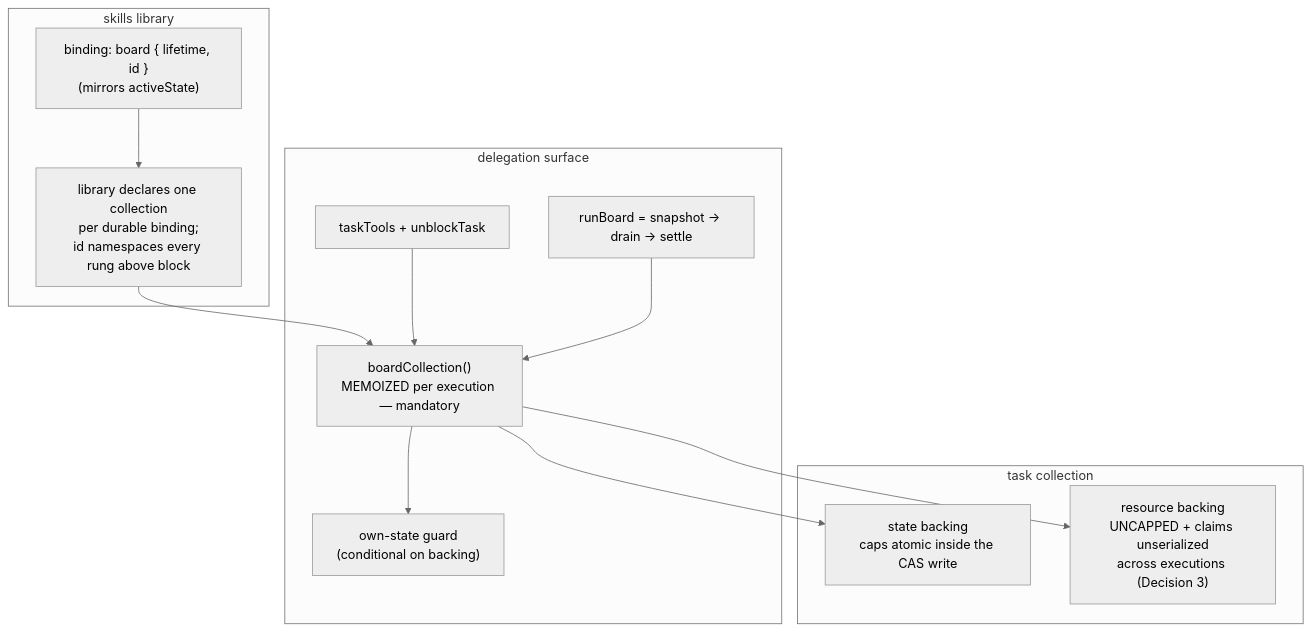
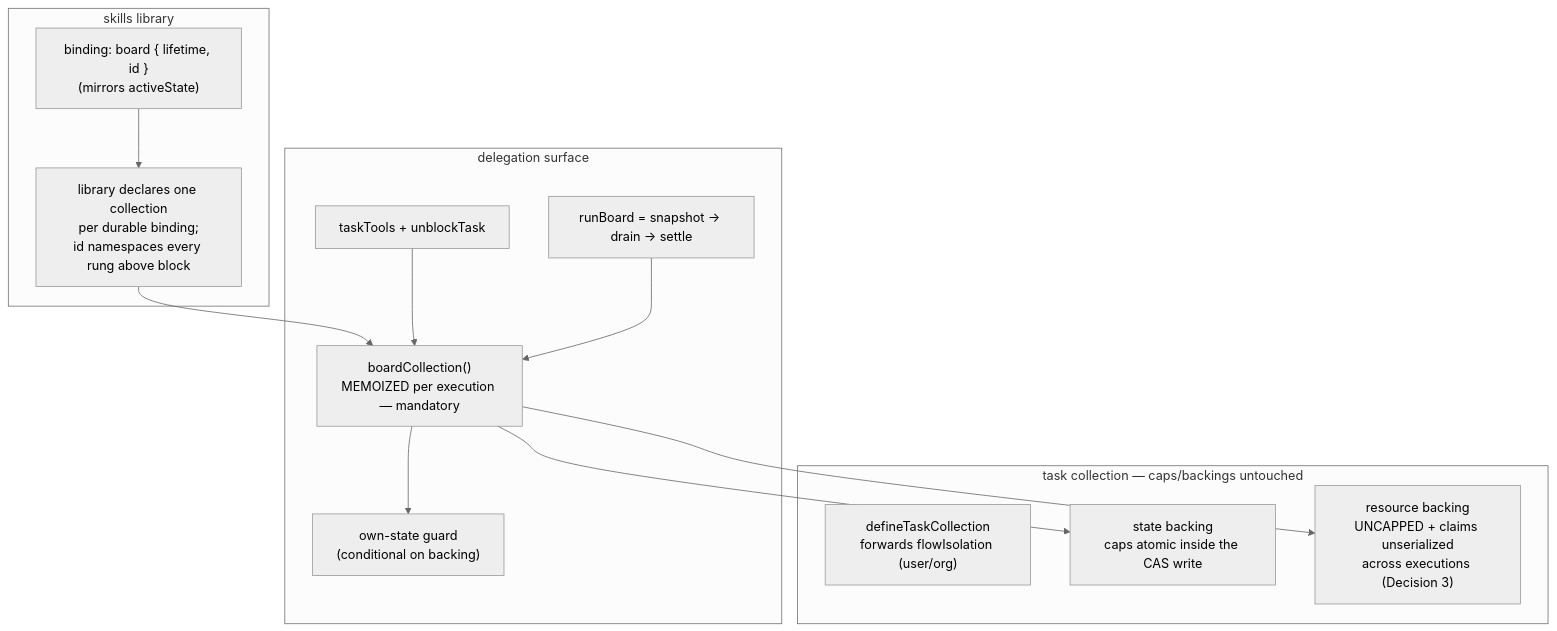
Before and after one commit to fixpoint-labs/flow-state-dev: the diagram in docs/specs/FIX-957.md, drawn with Mermaid (neutral theme). The commit also changed other lines of this file, not shown here.

First line of the commit message:
spec(FIX-957): give the flow-isolation seam a home; drop the last capacity promise

````diff
--- a/docs/specs/FIX-957.md
+++ b/docs/specs/FIX-957.md
@@ -200,27 +204,28 @@
 ```mermaid
 flowchart TB
   subgraph lib["skills library"]
     OPT["binding: board { lifetime, id }<br/>(mirrors activeState)"]
     RES["library declares one collection<br/>per durable binding;<br/>id namespaces every rung above block"]
   end
 
   subgraph surf["delegation surface"]
     BC["boardCollection()<br/>MEMOIZED per execution — mandatory"]
     GUARD["own-state guard<br/>(conditional on backing)"]
     TOOLS["taskTools + unblockTask"]
     RB["runBoard = snapshot → drain → settle"]
   end
 
-  subgraph coll["task collection"]
+  subgraph coll["task collection — caps/backings untouched"]
+    FWD["defineTaskCollection<br/>forwards flowIsolation (user/org)"]
     STATE["state backing<br/>caps atomic inside the CAS write"]
     RESB["resource backing<br/>UNCAPPED + claims unserialized<br/>across executions (Decision 3)"]
   end
 
 
   OPT --> RES --> BC
   BC --> GUARD
   BC --> STATE
   BC --> RESB
   TOOLS --> BC
   RB --> BC
 ```
````
